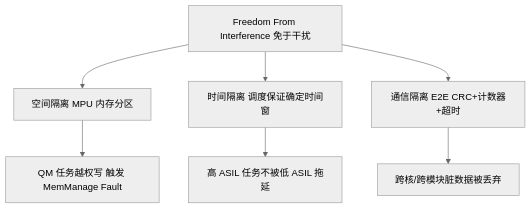
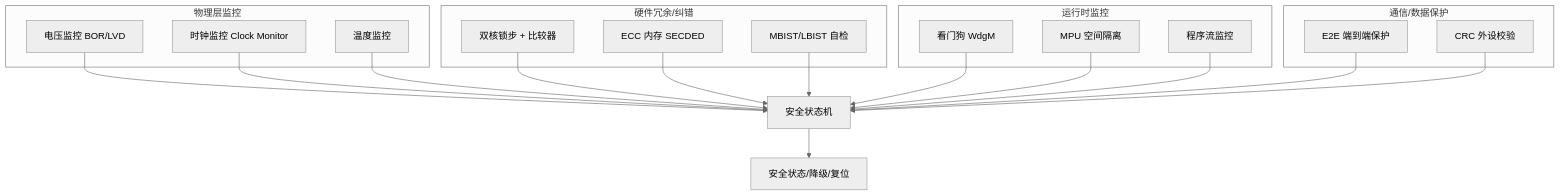
Before and after one commit to 1208826038/embedded-skill-notes: the fourth of 12 diagrams in articles/03-functional-safety.md, drawn with Mermaid (neutral theme). The commit also changed other lines of this file, not shown here.

````diff
--- a/articles/03-functional-safety.md
+++ b/articles/03-functional-safety.md
@@ -33,9 +283,34 @@
 ```mermaid
 graph TD
-    FFI[Freedom From Interference 免于干扰] --> S[空间隔离 MPU 内存分区]
-    FFI --> T[时间隔离 调度保证确定时间窗]
-    FFI --> C[通信隔离 E2E CRC+计数器+超时]
-    S --> S1[QM 任务越权写 触发 MemManage Fault]
-    T --> T1[高 ASIL 任务不被低 ASIL 拖延]
-    C --> C1[跨核/跨模块脏数据被丢弃]
+    subgraph L1["物理层监控"]
+        V[电压监控 BOR/LVD]
+        C[时钟监控 Clock Monitor]
+        T[温度监控]
+    end
+    subgraph L2["硬件冗余/纠错"]
+        LS[双核锁步 + 比较器]
+        ECC[ECC 内存 SECDED]
+        BIST[MBIST/LBIST 自检]
+    end
+    subgraph L3["运行时监控"]
+        WDG[看门狗 WdgM]
+        MPU[MPU 空间隔离]
+        PF[程序流监控]
+    end
+    subgraph L4["通信/数据保护"]
+        E2E[E2E 端到端保护]
+        CRC[CRC 外设校验]
+    end
+    V --> SM[安全状态机]
+    C --> SM
+    T --> SM
+    LS --> SM
+    ECC --> SM
+    BIST --> SM
+    WDG --> SM
+    MPU --> SM
+    PF --> SM
+    E2E --> SM
+    CRC --> SM
+    SM --> SS[安全状态/降级/复位]
 ```
````
